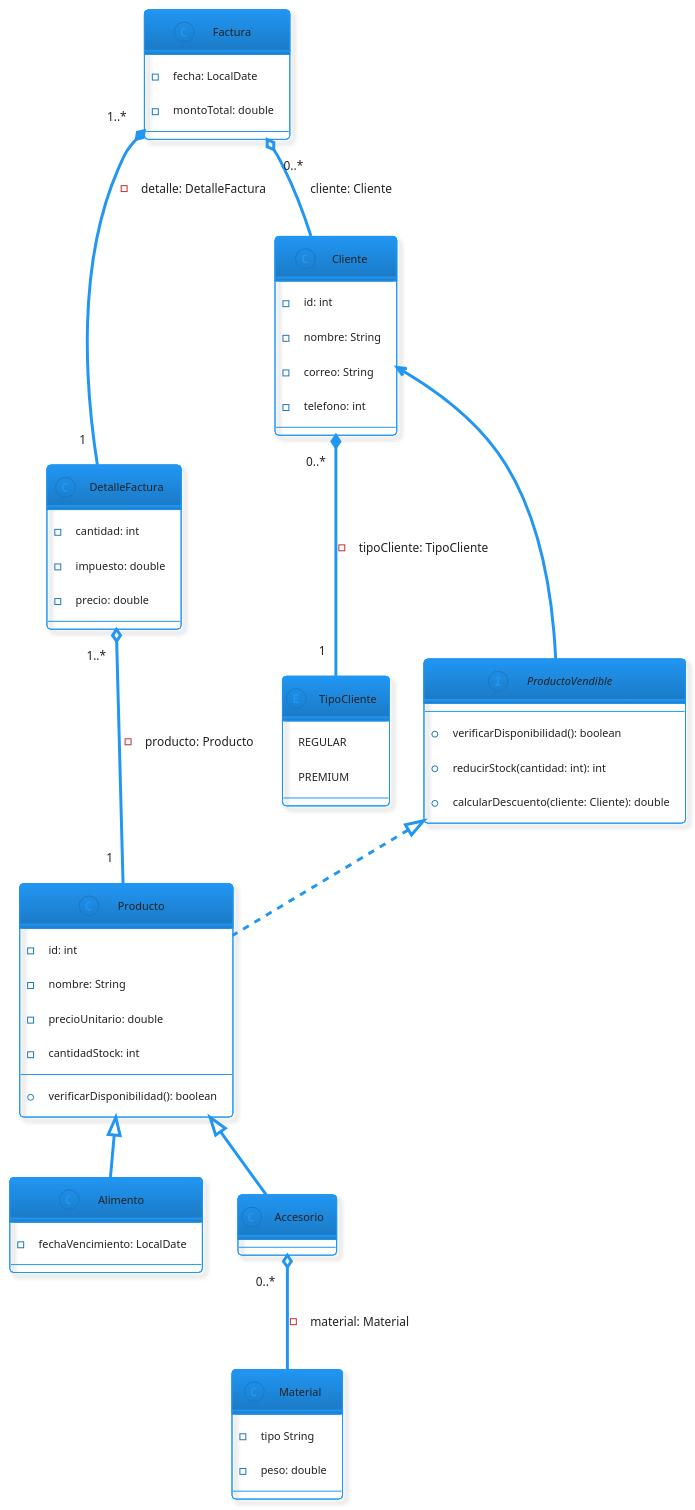
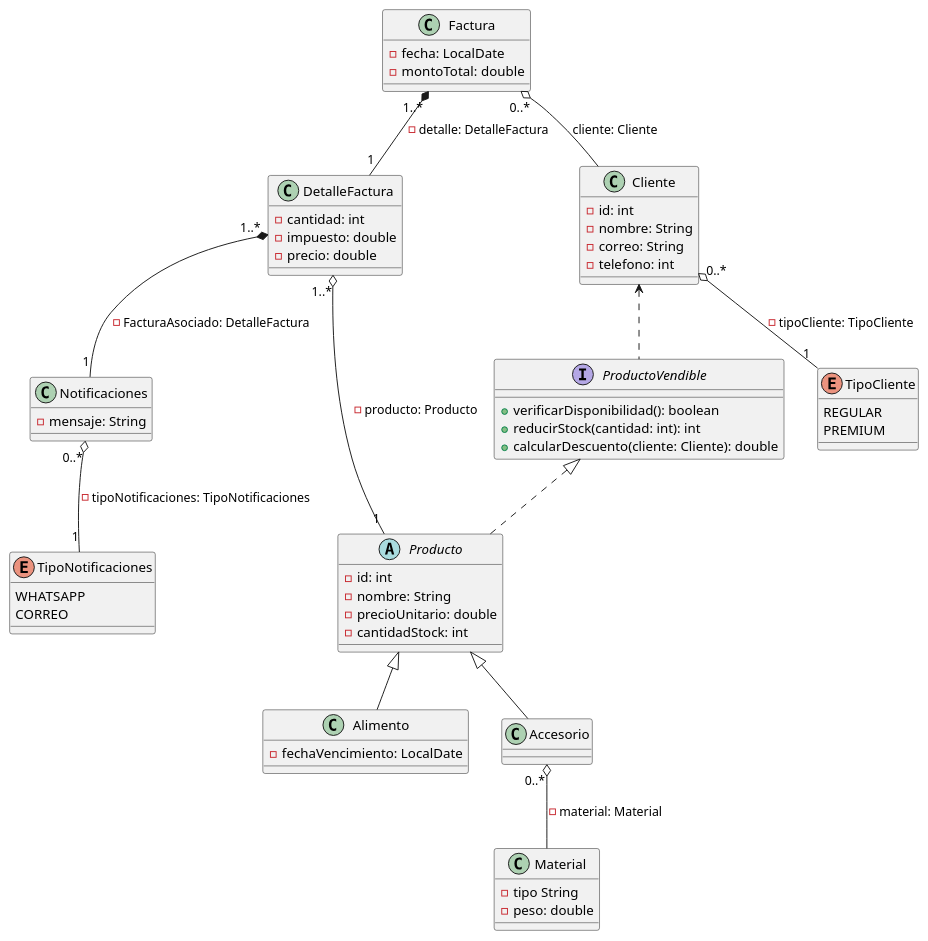
Before and after one commit to Badjavii/oop-practices: the diagram in vm04_PetWorld/docs/PetWorld.puml, drawn with PlantUML. The commit also changed other lines of this file and 2 other files, not shown here.

```diff
--- a/vm04_PetWorld/docs/PetWorld.puml
+++ b/vm04_PetWorld/docs/PetWorld.puml
@@ -1,75 +1,85 @@
 @startuml
-!theme materia-outline
 
 class DetalleFactura{
     -cantidad: int
     -impuesto: double
     -precio: double
 
 
 }
 
 class Factura{
     -fecha: LocalDate
     -montoTotal: double
 }
 
 class Cliente{
     -id: int
     -nombre: String
     -correo: String
     -telefono: int
 }
 
 enum TipoCliente{
     REGULAR
     PREMIUM
 }
 
-class Producto{
+abstract class Producto{
     -id: int
     -nombre: String
     -precioUnitario: double
     -cantidadStock: int
 
-    +verificarDisponibilidad(): boolean
 }
 
 class Alimento{
     -fechaVencimiento: LocalDate
 }
 
 class Accesorio{
 
 }
 
 interface ProductoVendible{
     +verificarDisponibilidad(): boolean
     +reducirStock(cantidad: int): int
     +calcularDescuento(cliente: Cliente): double
 }
 
 class Material{
     -tipo String
     -peso: double
 }
 
+enum TipoNotificaciones{
+    WHATSAPP
+    CORREO
+}
+
+class Notificaciones{
+    -mensaje: String
+}
+
 
 Factura "1..*" *-- "1" DetalleFactura: -detalle: DetalleFactura
 
 DetalleFactura "1..*" o-- "1" Producto: -producto: Producto
 
 Producto <|-- Alimento
 Producto <|-- Accesorio
 
 Accesorio "0..*" o-- Material: -material: Material
 
 Factura "0..*" o-- Cliente: cliente: Cliente
 
-Cliente <-- ProductoVendible
+Cliente <.. ProductoVendible
 
 ProductoVendible <|.. Producto
 
-Cliente "0..*" *-- "1" TipoCliente: -tipoCliente: TipoCliente
+Cliente "0..*" o-- "1" TipoCliente: -tipoCliente: TipoCliente
+
+Notificaciones "0..*" o-- "1" TipoNotificaciones: -tipoNotificaciones: TipoNotificaciones
+DetalleFactura "1..*" *--  "1" Notificaciones: -FacturaAsociado: DetalleFactura
 
 @enduml
```
